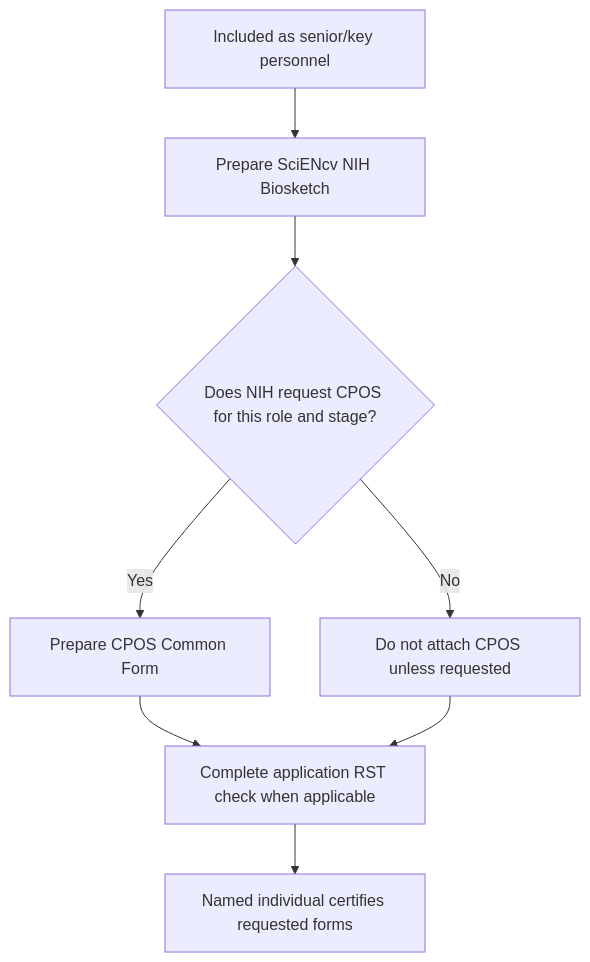
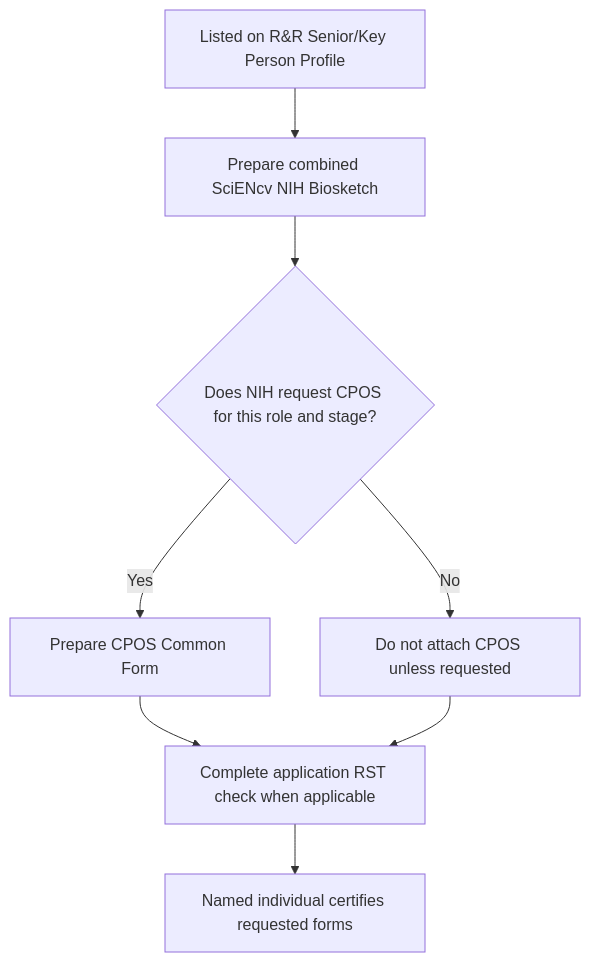
One commit to FritscheLab/nih-sciencv-playbook changed the diagram in docs/quickstarts/key-personnel.md. Above: the diagram before and after it, drawn with Mermaid. The commit also changed other lines of this file and 60 other files, not shown here.

Commit message:
feat: refresh NIH guidance and harden CPOS XML validation

````diff
--- a/docs/quickstarts/key-personnel.md
+++ b/docs/quickstarts/key-personnel.md
@@ -27,12 +27,12 @@
 ```mermaid
 flowchart TD
     accTitle: Key personnel document check
-    accDescr: Senior key personnel usually need a SciENcv biosketch and may need CPOS depending on role and submission stage.
-    A["Included as senior/key personnel"] --> B["Prepare SciENcv NIH Biosketch"]
+    accDescr: Everyone listed on the R&R Senior Key Person Profile needs a combined SciENcv biosketch, while CPOS depends on role and submission stage.
+    A["Listed on R&R Senior/Key Person Profile"] --> B["Prepare combined SciENcv NIH Biosketch"]
     B --> C{"Does NIH request CPOS for this role and stage?"}
     C -- "Yes" --> D["Prepare CPOS Common Form"]
     C -- "No" --> E["Do not attach CPOS unless requested"]
     D --> F["Complete application RST check when applicable"]
     E --> F
     F --> G["Named individual certifies requested forms"]
 ```
````
